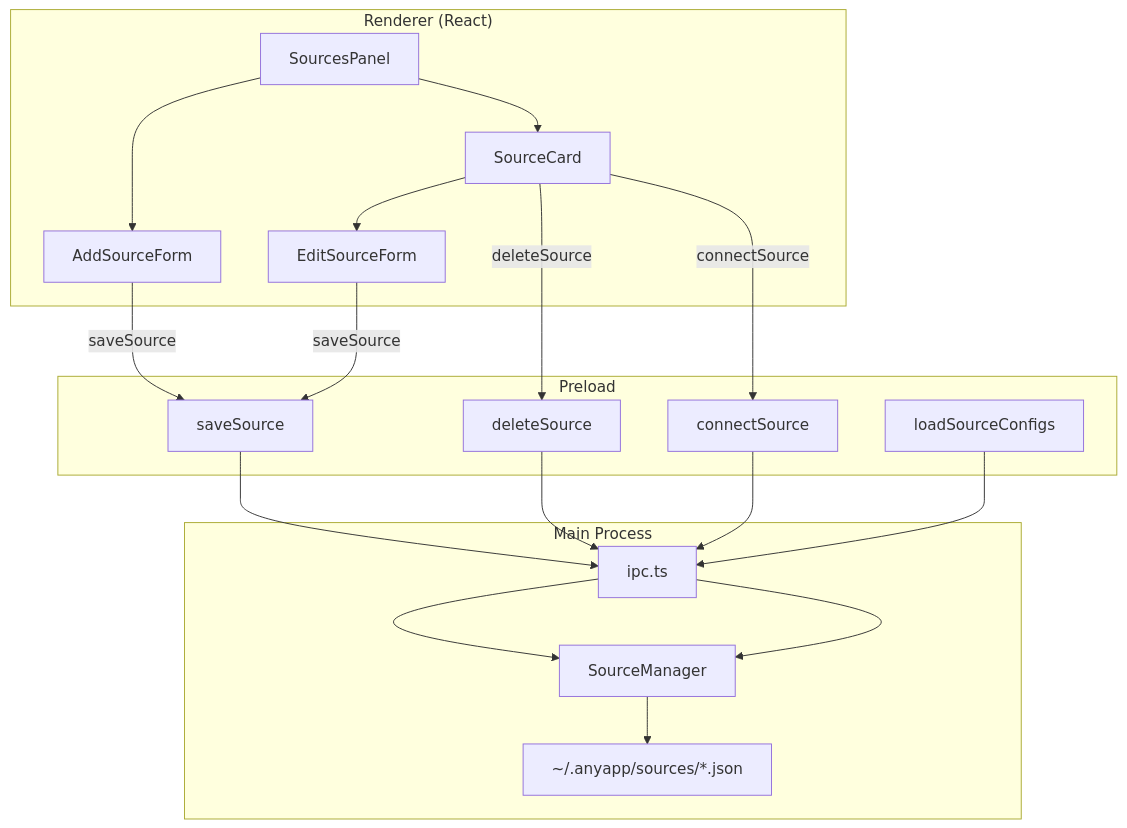
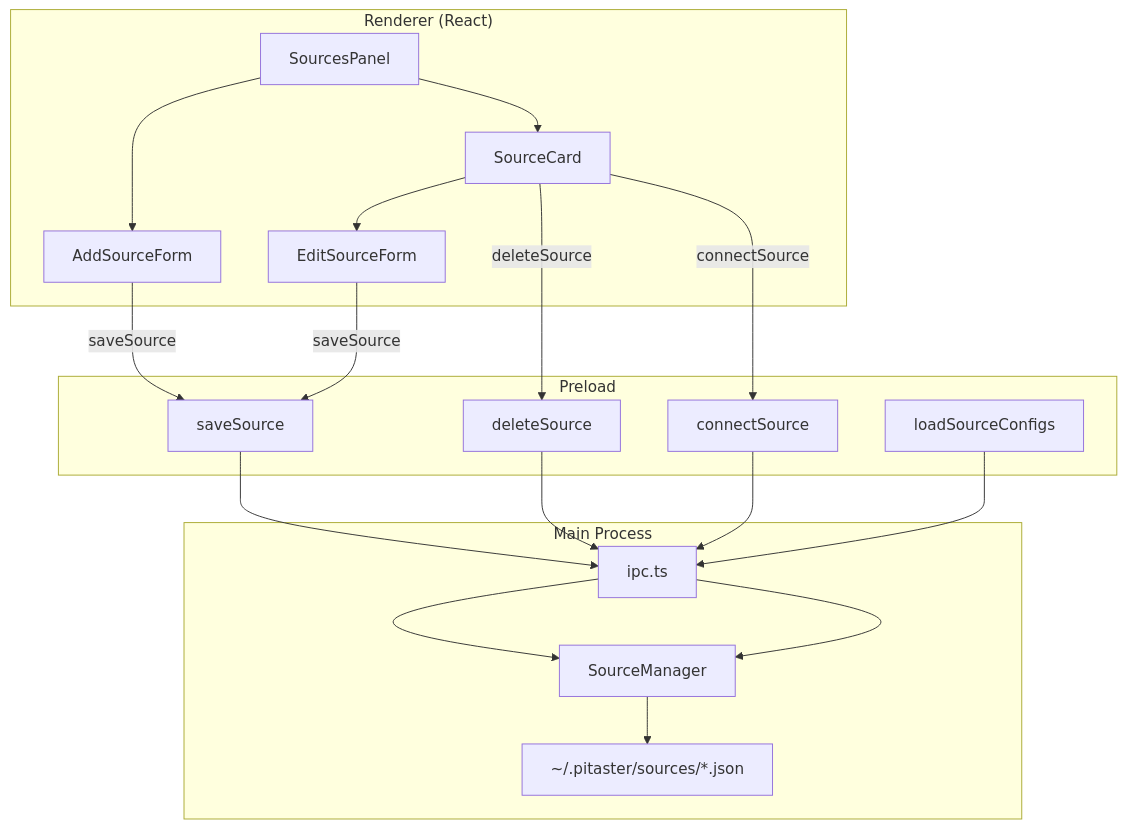
The diagram in docs/plans/SESSION-12-ADD-SOURCE.md (guyettinger/PiTaster), drawn with Mermaid before and after one commit. The commit also changed other lines of this file and 222 other files, not shown here.

````diff
--- a/docs/plans/SESSION-12-ADD-SOURCE.md
+++ b/docs/plans/SESSION-12-ADD-SOURCE.md
@@ -42,32 +42,32 @@
 ```mermaid
 flowchart TD
     subgraph Renderer["Renderer (React)"]
         SP[SourcesPanel]
         ASF[AddSourceForm]
         ESF[EditSourceForm]
         SC[SourceCard]
     end
     subgraph Preload
         save[saveSource]
         del[deleteSource]
         load[loadSourceConfigs]
         conn[connectSource]
     end
     subgraph Main["Main Process"]
         IPC[ipc.ts]
         SM[SourceManager]
-        Disk["~/.anyapp/sources/*.json"]
+        Disk["~/.pitaster/sources/*.json"]
     end
 
     SP --> ASF
     SP --> SC
     SC --> ESF
     ASF -->|saveSource| save
     ESF -->|saveSource| save
     SC -->|deleteSource| del
     SC -->|connectSource| conn
     save --> IPC --> SM --> Disk
     del --> IPC
     conn --> IPC
     load --> IPC --> SM
 ```
````
